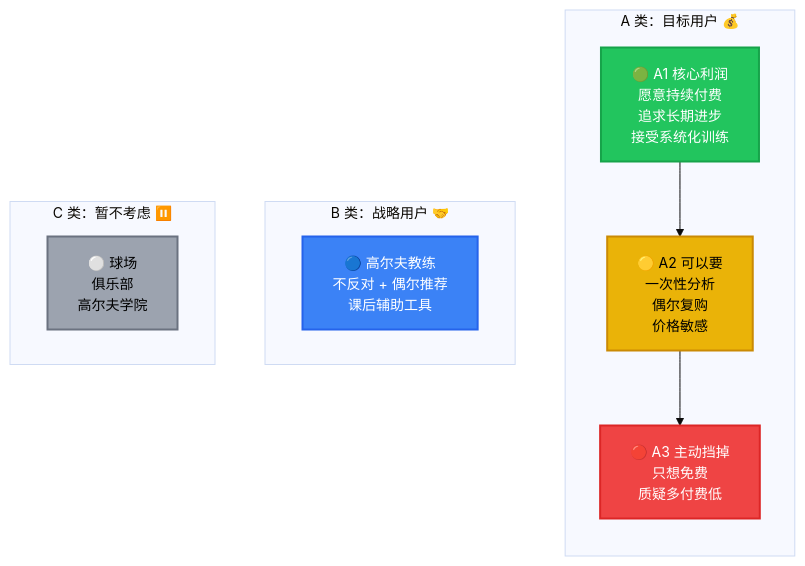
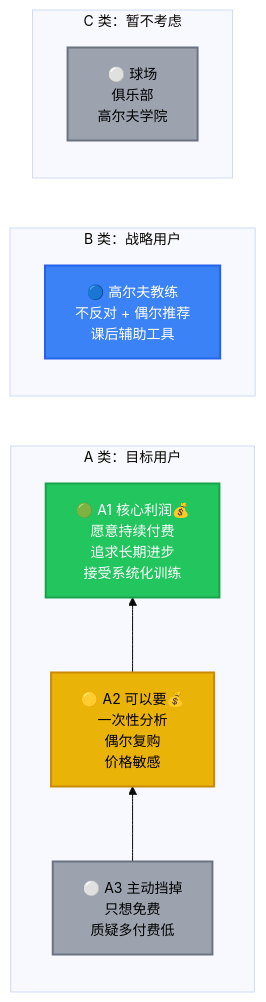
The diagram in docs/zh/product/user-personas.md (movement-chain-ai/movement-chain-docs), drawn with Mermaid before and after one commit. The commit also changed other lines of this file, not shown here.

Commit message:
docs: update user segmentation diagram layout - A on left, arrows A3→A2→A1
🤖 Generated with [Claude Code](https://claude.com/claude-code)

````diff
--- a/docs/zh/product/user-personas.md
+++ b/docs/zh/product/user-personas.md
@@ -7,26 +7,26 @@
 ```mermaid
 %%{init: {'theme': 'base', 'themeVariables': { 'fontSize': '14px'}}}%%
-graph TB
-    subgraph A ["A 类：目标用户 💰"]
-        direction TB
-        A1["🟢 A1 核心利润<br/>愿意持续付费<br/>追求长期进步<br/>接受系统化训练"]
-        A2["🟡 A2 可以要<br/>一次性分析<br/>偶尔复购<br/>价格敏感"]
-        A3["🔴 A3 主动挡掉<br/>只想免费<br/>质疑多付费低"]
-        A1 --> A2
-        A2 --> A3
+graph LR
+    subgraph A ["A 类：目标用户"]
+        direction BT
+        A3["⚪ A3 主动挡掉<br/>只想免费<br/>质疑多付费低"]
+        A2["🟡 A2 可以要💰<br/>一次性分析<br/>偶尔复购<br/>价格敏感"]
+        A1["🟢 A1 核心利润💰<br/>愿意持续付费<br/>追求长期进步<br/>接受系统化训练"]
+        A3 --> A2
+        A2 --> A1
     end
 
-    subgraph B ["B 类：战略用户 🤝"]
+    subgraph B ["B 类：战略用户"]
         B1["🔵 高尔夫教练<br/>不反对 + 偶尔推荐<br/>课后辅助工具"]
     end
 
-    subgraph C ["C 类：暂不考虑 ⏸️"]
+    subgraph C ["C 类：暂不考虑"]
         C1["⚪ 球场<br/>俱乐部<br/>高尔夫学院"]
     end
 
     style A1 fill:#22c55e,color:#fff,stroke:#16a34a,stroke-width:2px
     style A2 fill:#eab308,color:#000,stroke:#ca8a04,stroke-width:2px
-    style A3 fill:#ef4444,color:#fff,stroke:#dc2626,stroke-width:2px
+    style A3 fill:#9ca3af,color:#000,stroke:#6b7280,stroke-width:2px
     style B1 fill:#3b82f6,color:#fff,stroke:#2563eb,stroke-width:2px
     style C1 fill:#9ca3af,color:#000,stroke:#6b7280,stroke-width:2px
 ```
````
